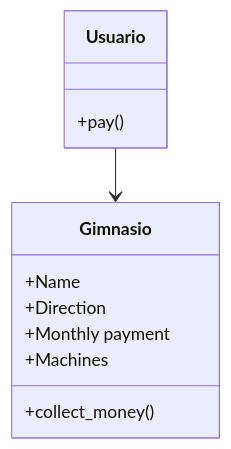
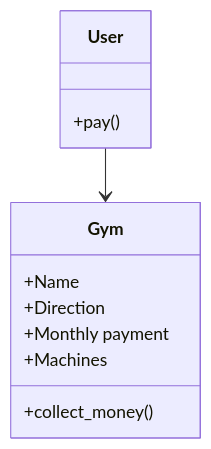
The diagram in README.md (darevalog/Reto_2-Diego_Arevalo), drawn with Mermaid before and after one commit.

````diff
--- a/README.md
+++ b/README.md
@@ -5,14 +5,14 @@
 ```mermaid
 classDiagram
-    Usuario --> Gimnasio
-    class Gimnasio{
+    User --> Gym
+    class Gym{
       +Name
       +Direction
       +Monthly payment
       +Machines
       +collect_money()
     }
-    class Usuario{
+    class User{
         +pay()
     }
 ```
````
